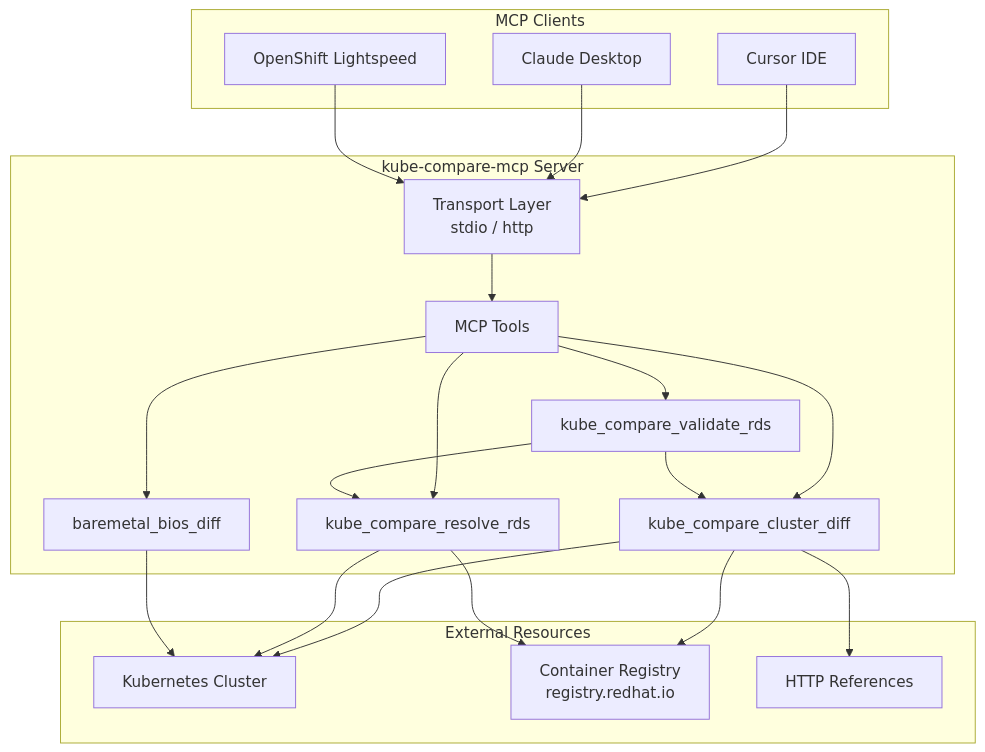
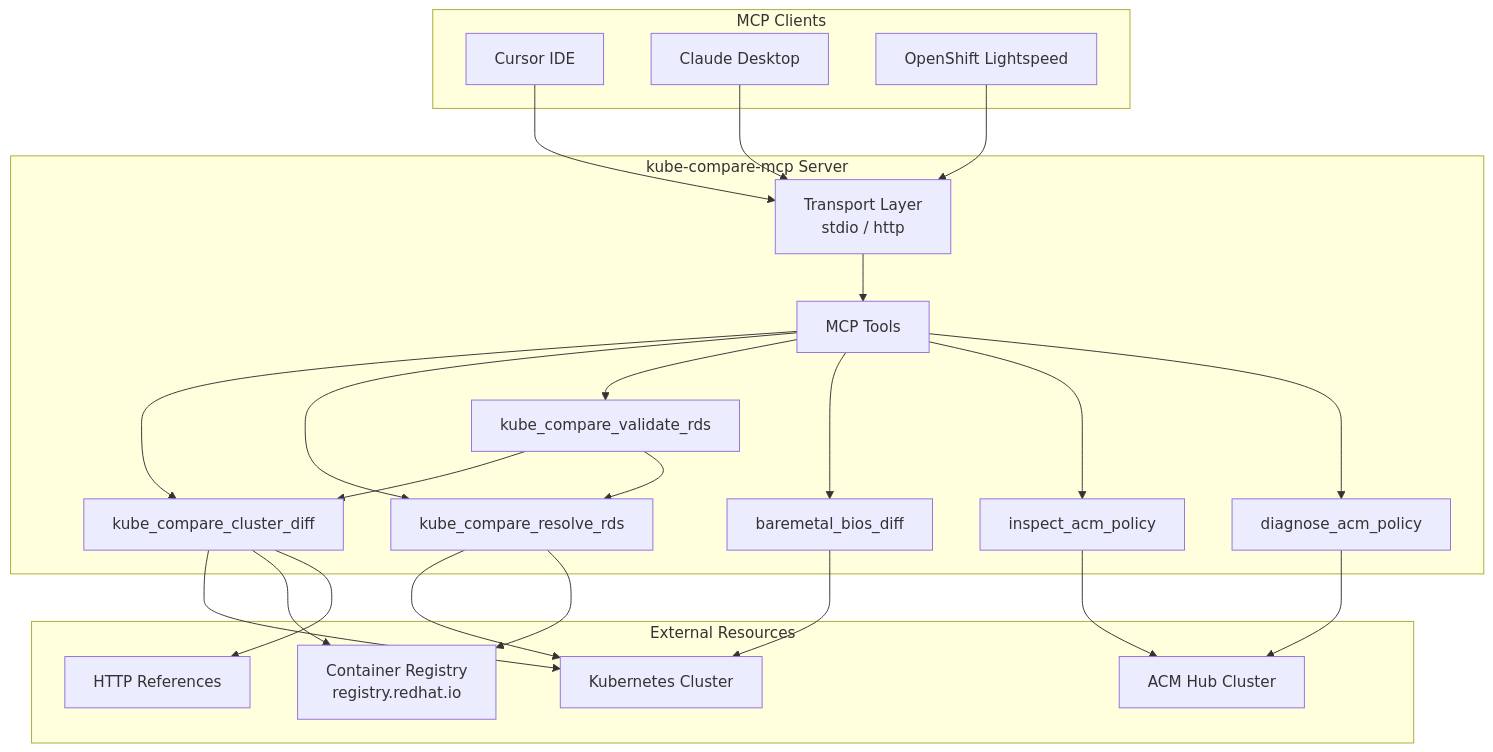
Before and after one commit to sakhoury/kube-compare-mcp: the diagram in README.md, drawn with Mermaid. The commit also changed other lines of this file and 22 other files, not shown here.

First line of the commit message:
Add ACM policy diagnostic tools and RAG build infrastructure

````diff
--- a/README.md
+++ b/README.md
@@ -42,40 +47,47 @@
 ```mermaid
 flowchart TB
     subgraph clients [MCP Clients]
         Cursor[Cursor IDE]
         Claude[Claude Desktop]
         OLS[OpenShift Lightspeed]
     end
 
     subgraph server [kube-compare-mcp Server]
         Transport[Transport Layer<br/>stdio / http]
         Tools[MCP Tools]
         Diff[kube_compare_cluster_diff]
         ResolveRDS[kube_compare_resolve_rds]
         ValidateRDS[kube_compare_validate_rds]
         BIOSDiff[baremetal_bios_diff]
+        InspectPolicy[inspect_acm_policy]
+        DiagnosePolicy[diagnose_acm_policy]
     end
 
     subgraph external [External Resources]
         K8sCluster[Kubernetes Cluster]
+        ACMHub[ACM Hub Cluster]
         Registry[Container Registry<br/>registry.redhat.io]
         HTTPRef[HTTP References]
     end
 
     Cursor --> Transport
     Claude --> Transport
     OLS --> Transport
     Transport --> Tools
     Tools --> Diff
     Tools --> ResolveRDS
     Tools --> ValidateRDS
     Tools --> BIOSDiff
+    Tools --> InspectPolicy
+    Tools --> DiagnosePolicy
     Diff --> K8sCluster
     Diff --> Registry
     Diff --> HTTPRef
     ResolveRDS --> K8sCluster
     ResolveRDS --> Registry
     ValidateRDS --> Diff
     ValidateRDS --> ResolveRDS
     BIOSDiff --> K8sCluster
+    InspectPolicy --> ACMHub
+    DiagnosePolicy --> ACMHub
 ```
````
